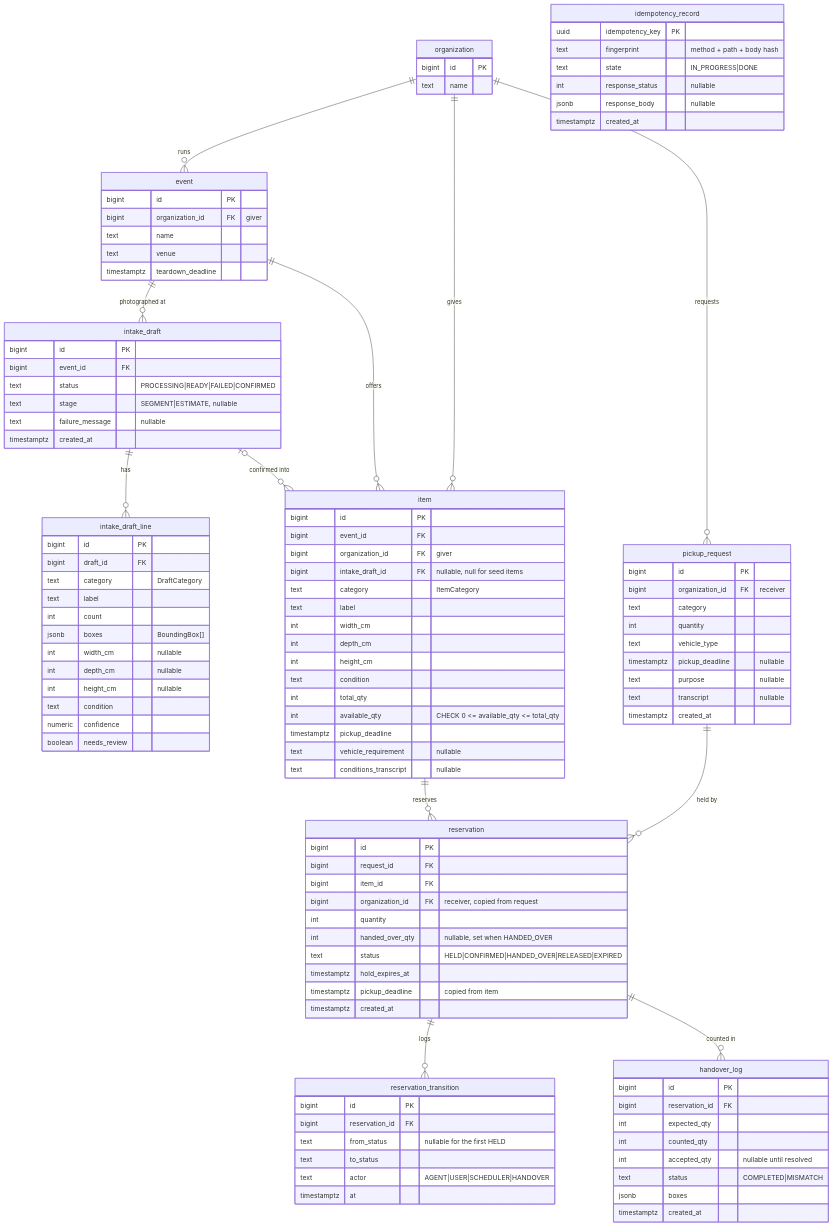
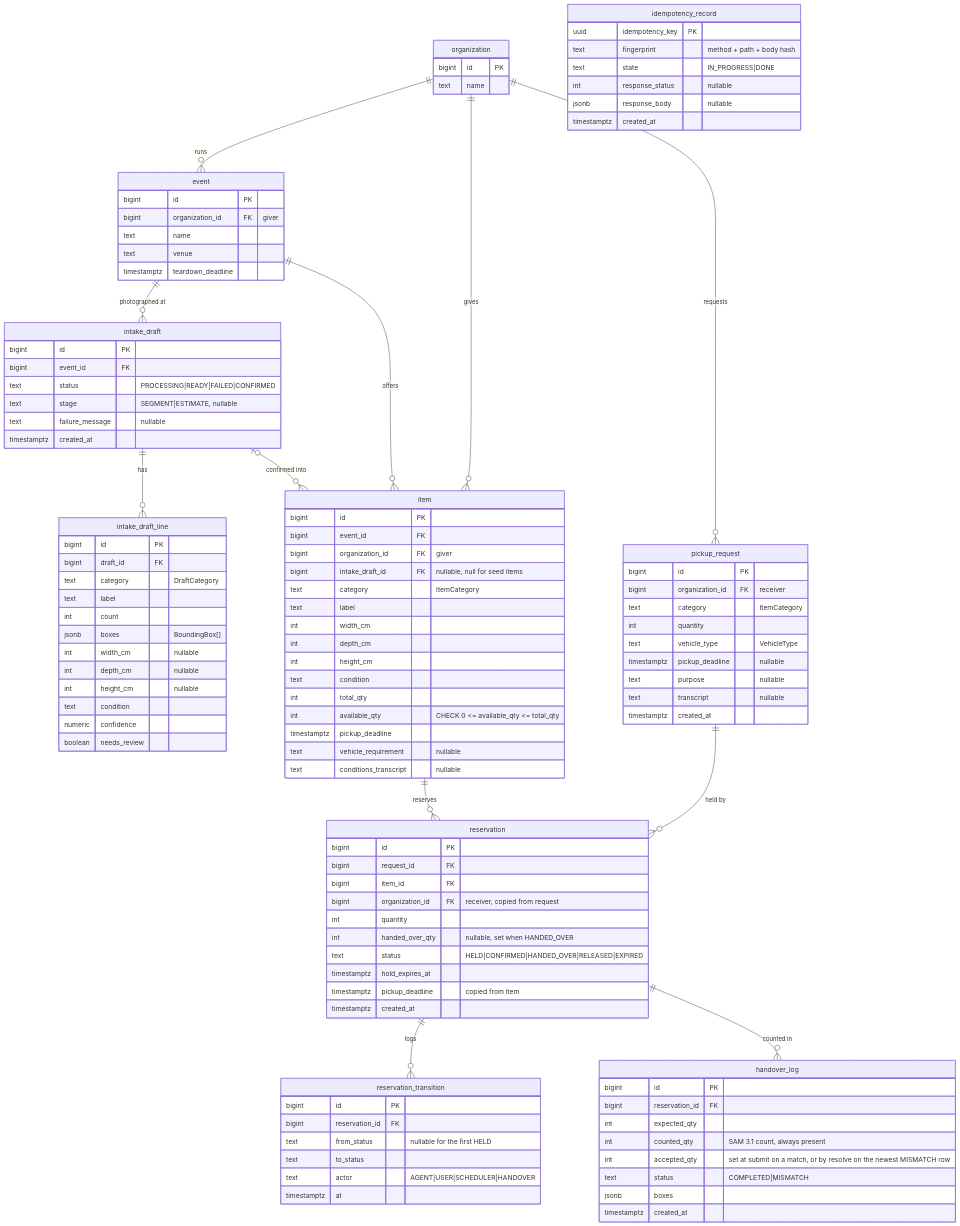
Before and after one commit to afterbooth/after-booth: the diagram in docs/ERD.md, drawn with Mermaid. The commit also changed other lines of this file and 1 other file, not shown here.

Commit message:
docs: align erd and decisions with the muse code review
- ERD: handover_log accepted_qty rule, photo-count invariant,
  REQUEST_ALREADY_HELD inside the lock, transient allocation runs,
  label derivation, enum annotations on pickup_request
- DECISIONS D-024 [contract] [Muse Code]

Refs #1

```diff
--- a/docs/ERD.md
+++ b/docs/ERD.md
@@ -69,9 +69,9 @@
     pickup_request {
         bigint id PK
         bigint organization_id FK "receiver"
-        text category
+        text category "ItemCategory"
         int quantity
-        text vehicle_type
+        text vehicle_type "VehicleType"
         timestamptz pickup_deadline "nullable"
         text purpose "nullable"
         text transcript "nullable"
@@ -101,8 +101,8 @@
         bigint id PK
         bigint reservation_id FK
         int expected_qty
-        int counted_qty
-        int accepted_qty "nullable until resolved"
+        int counted_qty "SAM 3.1 count, always present"
+        int accepted_qty "set at submit on a match, or by resolve on the newest MISMATCH row"
         text status "COMPLETED|MISMATCH"
         jsonb boxes
         timestamptz created_at
```
